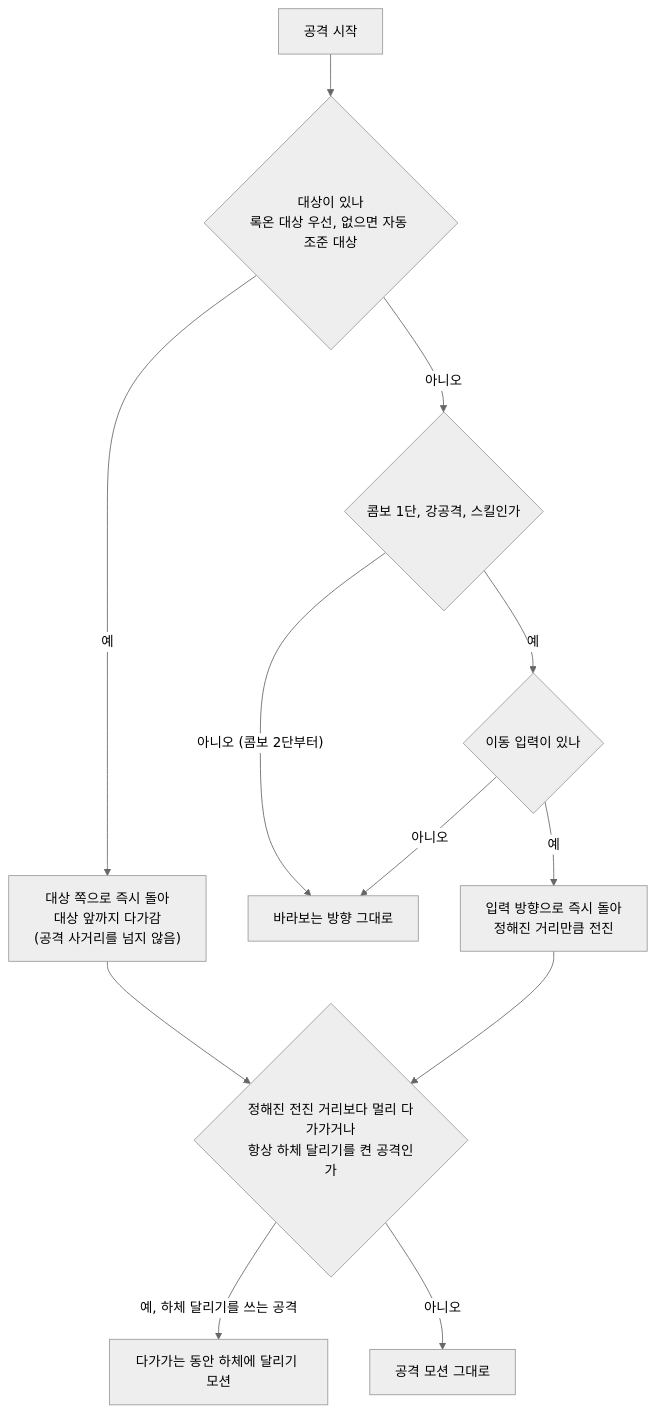
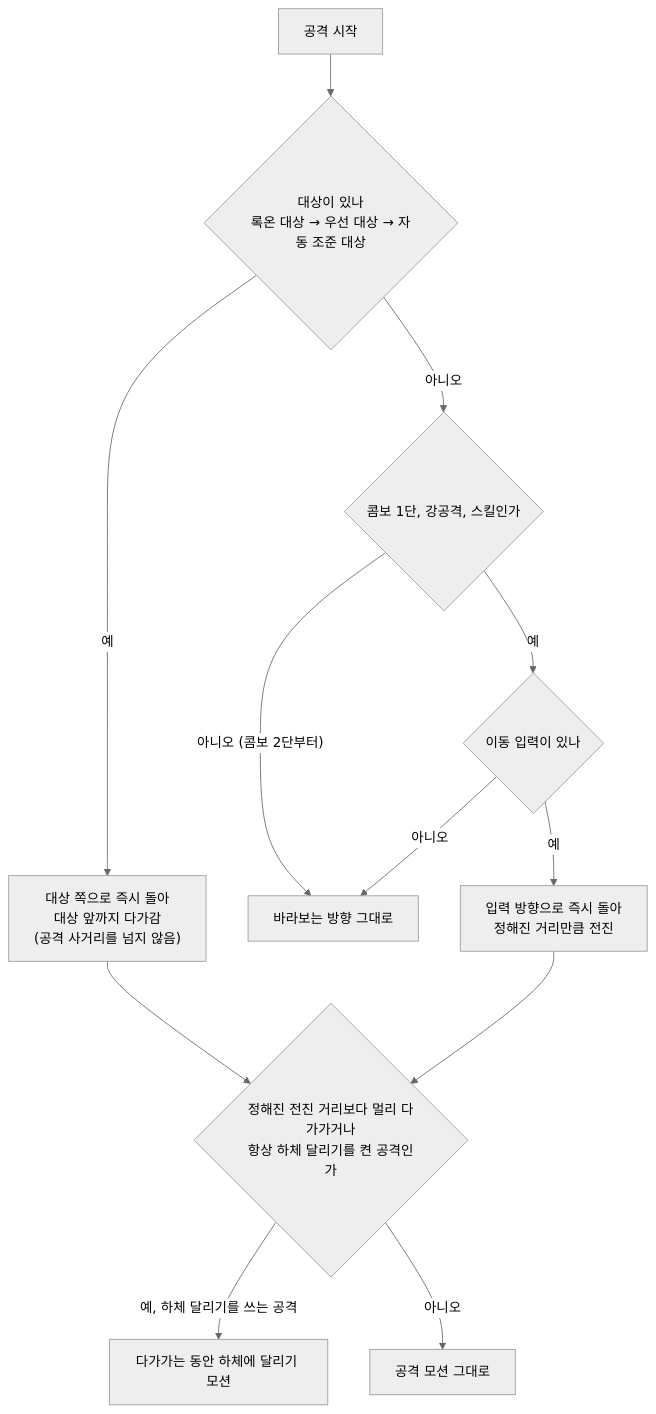
Before and after one commit to SquashPrince/Develrocket_mp15_HHH: the second of 5 diagrams in Docs/Technical/Player/PlayerAttack.md, drawn with Mermaid (neutral theme). The commit also changed other lines of this file and 6 other files, not shown here.

````diff
--- a/Docs/Technical/Player/PlayerAttack.md
+++ b/Docs/Technical/Player/PlayerAttack.md
@@ -61,14 +61,14 @@
 ```mermaid
 flowchart TD
-    S["공격 시작"] --> T{"대상이 있나<br>록온 대상 우선, 없으면 자동 조준 대상"}
+    S["공격 시작"] --> T{"대상이 있나<br>록온 대상 → 우선 대상 → 자동 조준 대상"}
     T -->|"예"| R["대상 쪽으로 즉시 돌아<br>대상 앞까지 다가감<br>(공격 사거리를 넘지 않음)"]
     T -->|"아니오"| P{"콤보 1단, 강공격, 스킬인가"}
     P -->|"예"| I{"이동 입력이 있나"}
     P -->|"아니오 (콤보 2단부터)"| F["바라보는 방향 그대로"]
     I -->|"예"| D["입력 방향으로 즉시 돌아<br>정해진 거리만큼 전진"]
     I -->|"아니오"| F
     R --> G{"정해진 전진 거리보다 멀리 다가가거나<br>항상 하체 달리기를 켠 공격인가"}
     D --> G
     G -->|"예, 하체 달리기를 쓰는 공격"| LR["다가가는 동안 하체에 달리기 모션"]
     G -->|"아니오"| N["공격 모션 그대로"]
 ```
````
